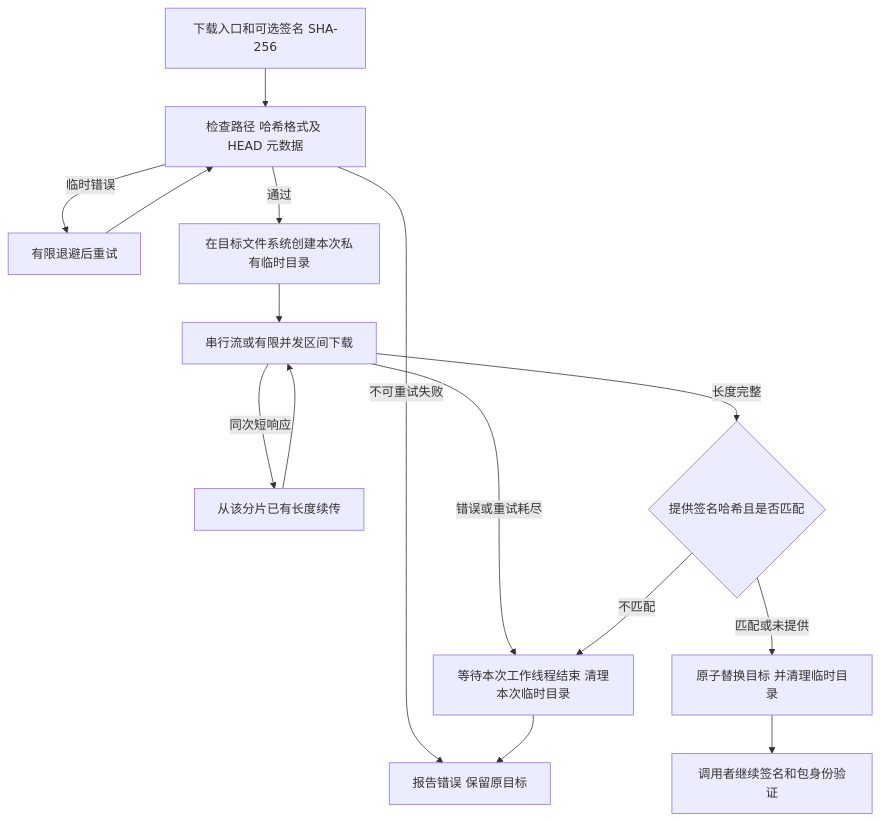
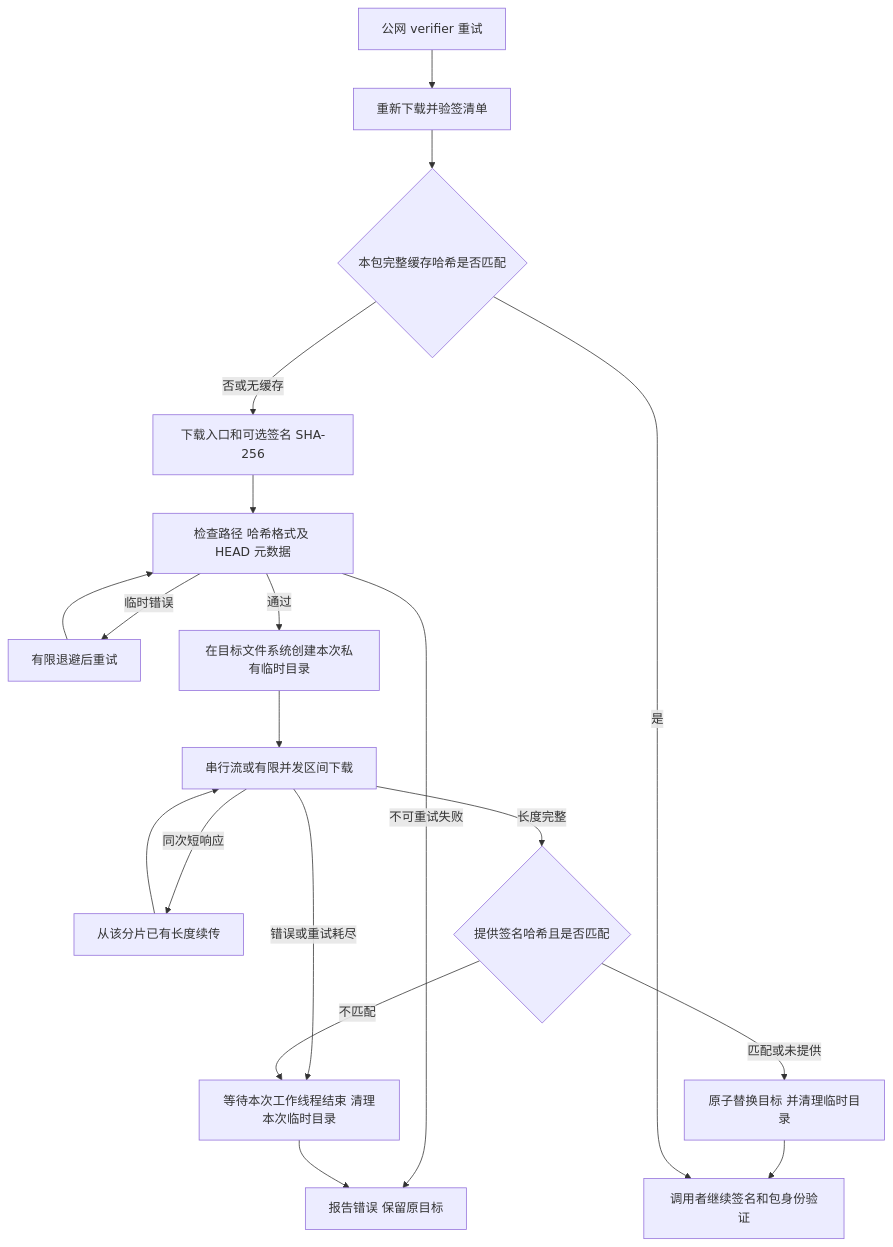
One commit to dshanpi/dshanpi-build changed the diagram in docs/change-records/CR-2026-10-16-download-recovery.md. Above: the diagram before and after it, drawn with Mermaid. The commit also changed other lines of this file and 4 other files, not shown here.

````diff
--- a/docs/change-records/CR-2026-10-16-download-recovery.md
+++ b/docs/change-records/CR-2026-10-16-download-recovery.md
@@ -34,17 +37,21 @@
 ```mermaid
 flowchart TD
   A[下载入口和可选签名 SHA-256] --> B[检查路径 哈希格式及 HEAD 元数据]
   B -->|不可重试失败| C[报告错误 保留原目标]
   B -->|临时错误| D[有限退避后重试]
   D --> B
   B -->|通过| E[在目标文件系统创建本次私有临时目录]
   E --> F[串行流或有限并发区间下载]
   F -->|同次短响应| G[从该分片已有长度续传]
   G --> F
   F -->|错误或重试耗尽| H[等待本次工作线程结束 清理本次临时目录]
   H --> C
   F -->|长度完整| I{提供签名哈希且是否匹配}
   I -->|不匹配| H
   I -->|匹配或未提供| J[原子替换目标 并清理临时目录]
   J --> K[调用者继续签名和包身份验证]
+  L[公网 verifier 重试] --> M[重新下载并验签清单]
+  M --> N{本包完整缓存哈希是否匹配}
+  N -->|是| K
+  N -->|否或无缓存| A
 ```
````
